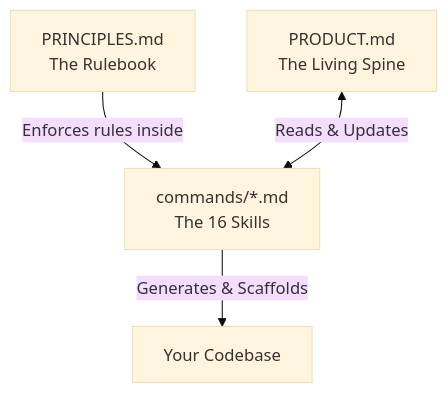
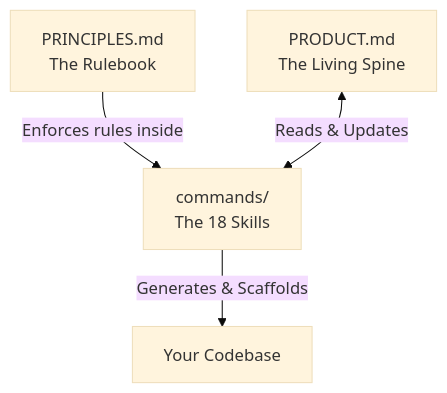
The first of 2 diagrams in README.md (kish21/product-playbook), drawn with Mermaid (base theme) before and after one commit. The commit also changed other lines of this file, not shown here.

First line of the commit message:
docs(readme): reflect 18 skills + add the DESIGN.md derivation diagram (#2)

````diff
--- a/README.md
+++ b/README.md
@@ -40,6 +40,6 @@
 ```mermaid
 graph TD
-    A["PRINCIPLES.md<br/>The Rulebook"] -->|Enforces rules inside| C["commands/*.md<br/>The 16 Skills"]
+    A["PRINCIPLES.md<br/>The Rulebook"] -->|Enforces rules inside| C["commands/<br/>The 18 Skills"]
     B["PRODUCT.md<br/>The Living Spine"] <-->|Reads & Updates| C
     C -->|Generates & Scaffolds| D["Your Codebase"]
 ```
````
